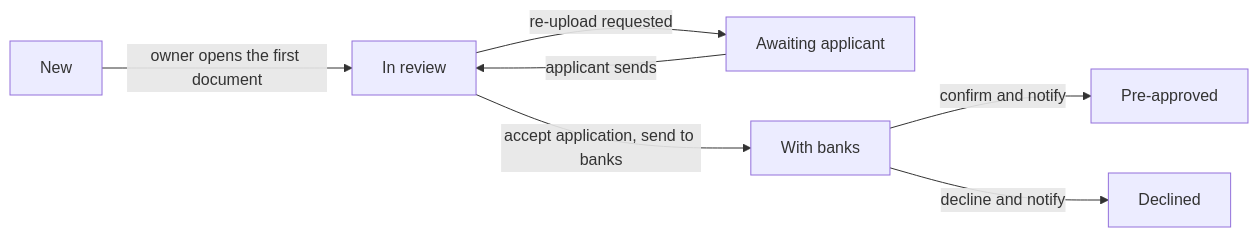
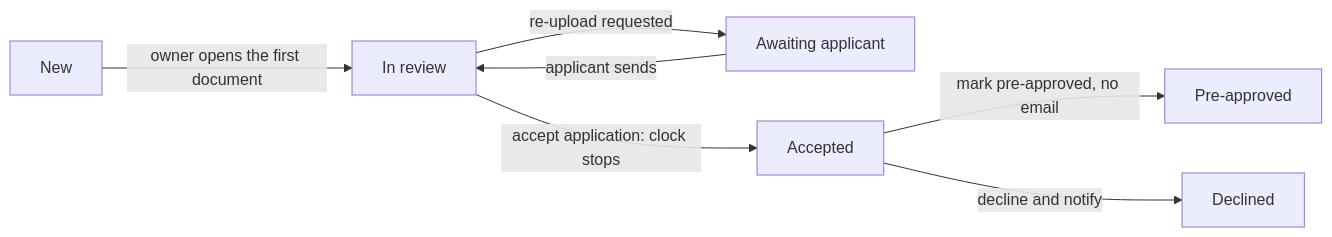
Before and after one commit to ayushkbhatia/bazar-real-estate-cms: the first of 2 diagrams in docs/mortgage/cms/00-foundations/README.md, drawn with Mermaid. The commit also changed other lines of this file and 94 other files, not shown here.

````diff
--- a/docs/mortgage/cms/00-foundations/README.md
+++ b/docs/mortgage/cms/00-foundations/README.md
@@ -31,9 +33,9 @@
 ```mermaid
 flowchart LR
   n[New] -->|owner opens the first document| r[In review]
   r -->|re-upload requested| a[Awaiting applicant]
   a -->|applicant sends| r
-  r -->|accept application, send to banks| b[With banks]
-  b -->|confirm and notify| p[Pre-approved]
+  r -->|accept application: clock stops| b[Accepted]
+  b -->|mark pre-approved, no email| p[Pre-approved]
   b -->|decline and notify| d[Declined]
 ```
````
